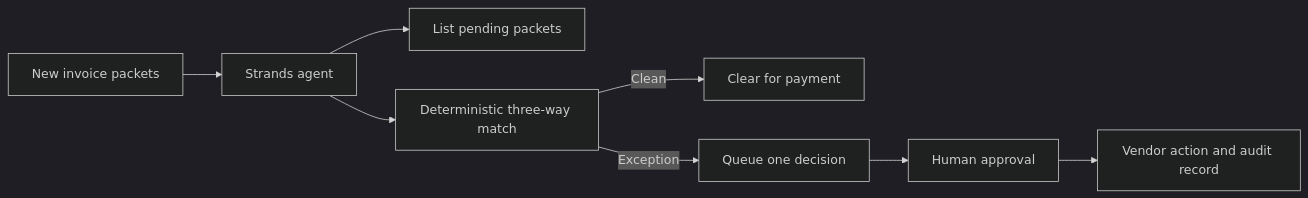
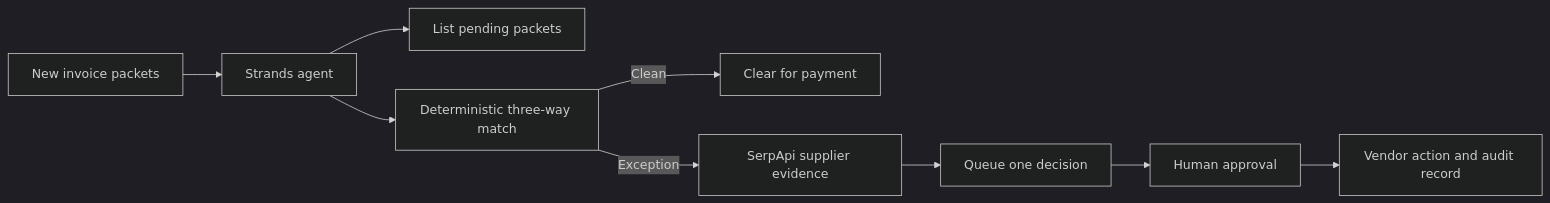
One commit to Jonny7171/payable-pilot changed the diagram in docs/architecture.md. Above: the diagram before and after it, drawn with Mermaid (dark theme). The commit also changed 15 other files, not shown here.

Commit message:
Strengthen the live SerpApi demo

````diff
--- a/docs/architecture.md
+++ b/docs/architecture.md
@@ -3,10 +3,11 @@
 ```mermaid
 flowchart LR
   A[New invoice packets] --> B[Strands agent]
   B --> C[List pending packets]
   B --> D[Deterministic three-way match]
   D -->|Clean| E[Clear for payment]
-  D -->|Exception| F[Queue one decision]
+  D -->|Exception| S[SerpApi supplier evidence]
+  S --> F[Queue one decision]
   F --> G[Human approval]
   G --> H[Vendor action and audit record]
 ```
````
